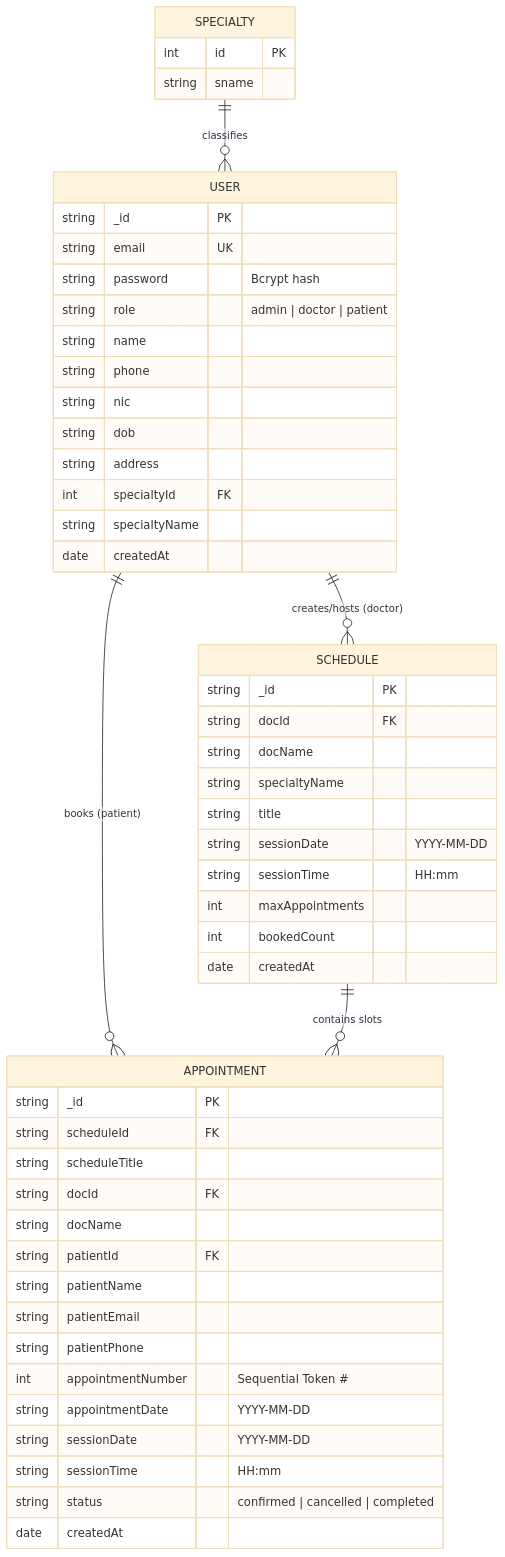
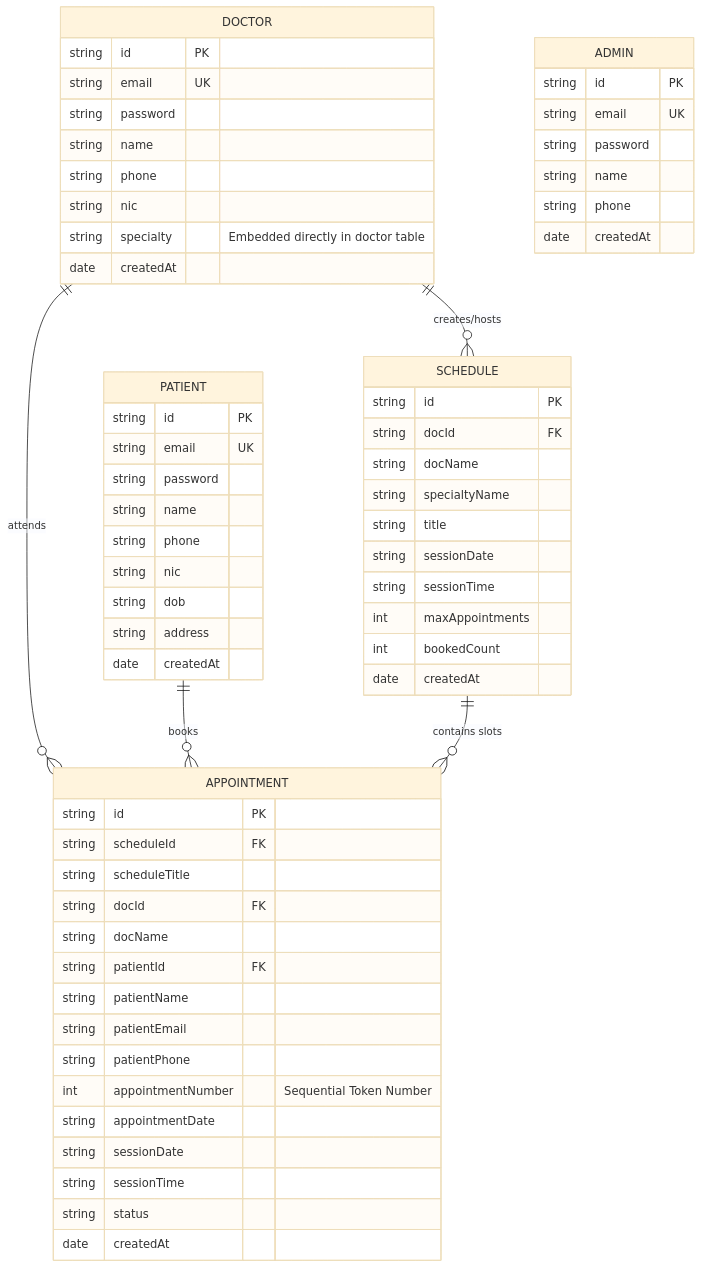
The third of 3 diagrams in PROJECT_ANALYSIS_SYSTEM_DESIGN_AND_INTERVIEW_PREP.md (shsi1309-gif/MedFlow-Doctor_appointment_system), drawn with Mermaid (base theme) before and after one commit. The commit also changed 2 other files, not shown here.

Commit message:
refactor: embed specialty directly as column in doctors table and drop specialties table

````diff
--- a/PROJECT_ANALYSIS_SYSTEM_DESIGN_AND_INTERVIEW_PREP.md
+++ b/PROJECT_ANALYSIS_SYSTEM_DESIGN_AND_INTERVIEW_PREP.md
@@ -238,58 +238,70 @@
 ```mermaid
 erDiagram
-    USER ||--o{ SCHEDULE : "creates/hosts (doctor)"
-    USER ||--o{ APPOINTMENT : "books (patient)"
+    DOCTOR ||--o{ SCHEDULE : "creates/hosts"
+    DOCTOR ||--o{ APPOINTMENT : "attends"
+    PATIENT ||--o{ APPOINTMENT : "books"
     SCHEDULE ||--o{ APPOINTMENT : "contains slots"
-    SPECIALTY ||--o{ USER : "classifies"
 
-    USER {
-        string _id PK
+    ADMIN {
+        string id PK
         string email UK
-        string password "Bcrypt hash"
-        string role "admin | doctor | patient"
+        string password
+        string name
+        string phone
+        date createdAt
+    }
+
+    DOCTOR {
+        string id PK
+        string email UK
+        string password
+        string name
+        string phone
+        string nic
+        string specialty "Embedded directly in doctor table"
+        date createdAt
+    }
+
+    PATIENT {
+        string id PK
+        string email UK
+        string password
         string name
         string phone
         string nic
         string dob
         string address
-        int specialtyId FK
-        string specialtyName
         date createdAt
     }
 
-    SPECIALTY {
-        int id PK
-        string sname
-    }
-
     SCHEDULE {
-        string _id PK
+        string id PK
         string docId FK
         string docName
         string specialtyName
         string title
-        string sessionDate "YYYY-MM-DD"
-        string sessionTime "HH:mm"
+        string sessionDate
+        string sessionTime
         int maxAppointments
         int bookedCount
         date createdAt
     }
 
     APPOINTMENT {
-        string _id PK
+        string id PK
         string scheduleId FK
         string scheduleTitle
         string docId FK
         string docName
         string patientId FK
         string patientName
         string patientEmail
         string patientPhone
-        int appointmentNumber "Sequential Token #"
-        string appointmentDate "YYYY-MM-DD"
-        string sessionDate "YYYY-MM-DD"
-        string sessionTime "HH:mm"
-        string status "confirmed | cancelled | completed"
+        int appointmentNumber "Sequential Token Number"
+        string appointmentDate
+        string sessionDate
+        string sessionTime
+        string status
         date createdAt
     }
 ```
````
